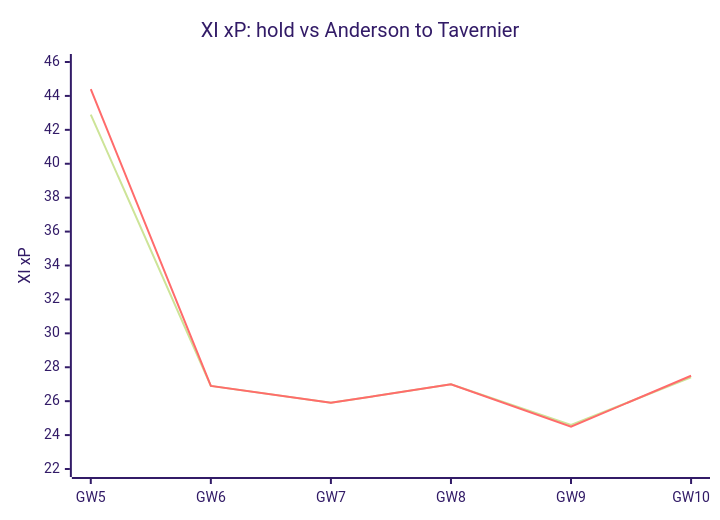
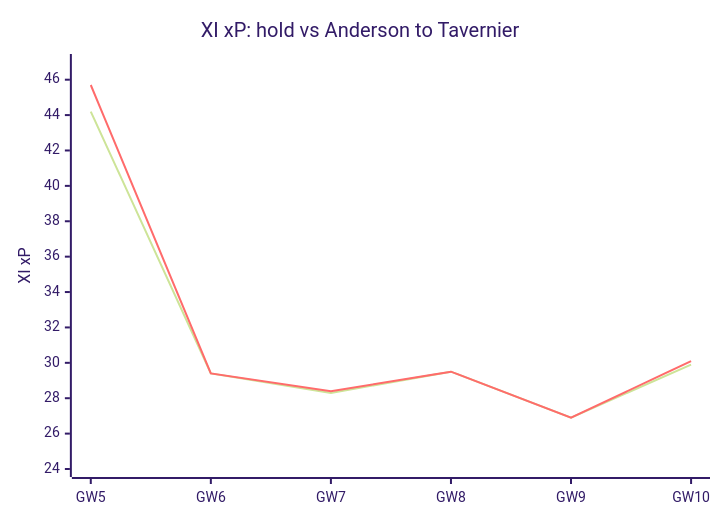
The first of 4 diagrams in reports/plan-gw5.md (domagojpoljancic/FPLexpert), drawn with Mermaid (forest theme) before and after one commit. The commit also changed other lines of this file and 3 other files, not shown here.

````diff
--- a/reports/plan-gw5.md
+++ b/reports/plan-gw5.md
@@ -18,8 +18,8 @@
 ```mermaid
 xychart-beta
     title "XI xP: hold vs Anderson to Tavernier"
     x-axis [GW5, GW6, GW7, GW8, GW9, GW10]
-    y-axis "XI xP" 22 --> 46
-    line [42.9, 26.9, 25.9, 27.0, 24.6, 27.4]
-    line [44.4, 26.9, 25.9, 27.0, 24.5, 27.5]
+    y-axis "XI xP" 24 --> 47
+    line [44.2, 29.4, 28.3, 29.5, 26.9, 29.9]
+    line [45.7, 29.4, 28.4, 29.5, 26.9, 30.1]
 ```
````
